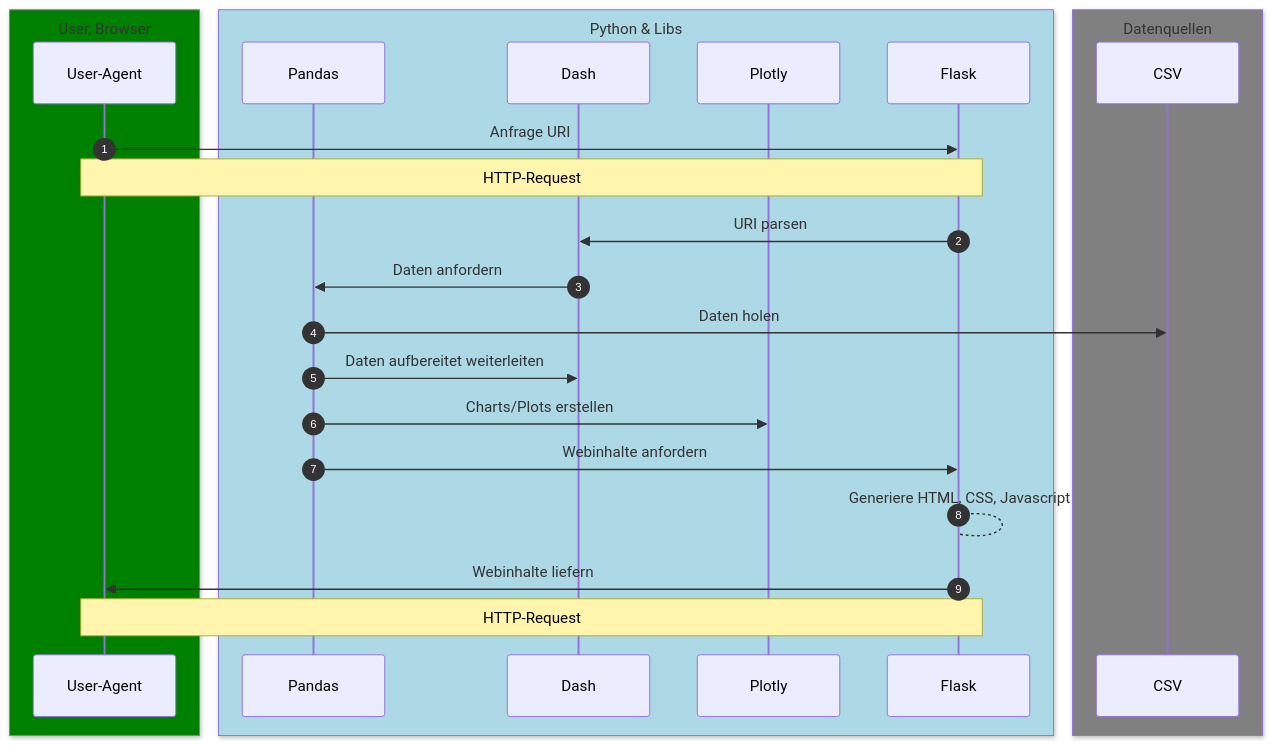
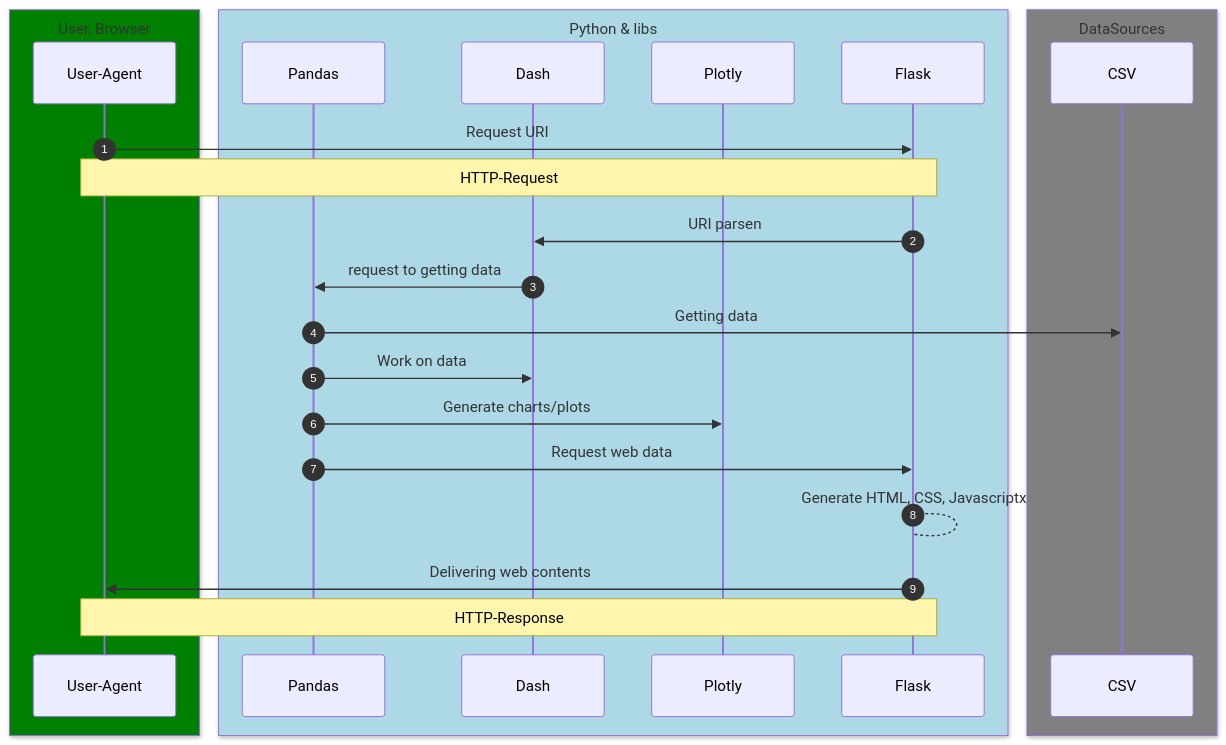
One commit to SchrodtSven/hca changed the diagram in doq/dad2.md. Above: the diagram before and after it, drawn with Mermaid. The commit also changed 77 other files, not shown here.

````diff
--- a/doq/dad2.md
+++ b/doq/dad2.md
@@ -3,37 +3,37 @@
 ```mermaid
 sequenceDiagram
 autonumber
     
     box Green User, Browser
     participant User-Agent
     end
 
-    box lightblue Python & Libs
+    box lightblue Python & libs
     participant Pandas
     participant Dash
     participant Plotly
     participant Flask
     end
 
-    box gray Datenquellen
+    box gray DataSources
     participant CSV
     end
     
-    User-Agent->>Flask: Anfrage URI
+    User-Agent->>Flask: Request URI
     Note over User-Agent, Flask: HTTP-Request
     
     Flask->>Dash: URI parsen
-    Dash->>Pandas: Daten anfordern
-    Pandas ->> CSV: Daten holen
-    Pandas ->> Dash: Daten aufbereitet weiterleiten
-    Pandas ->> Plotly: Charts/Plots erstellen
-    Pandas ->> Flask: Webinhalte anfordern 
-    Flask --> Flask: Generiere HTML, CSS, Javascript
+    Dash->>Pandas: request to getting data
+    Pandas ->> CSV: Getting data
+    Pandas ->> Dash: Work on data
+    Pandas ->> Plotly: Generate charts/plots
+    Pandas ->> Flask: Request web data
+    Flask --> Flask: Generate HTML, CSS, Javascriptx
     
-    Flask->>User-Agent: Webinhalte liefern
-    Note over User-Agent, Flask: HTTP-Request
+    Flask->>User-Agent: Delivering web contents
+    Note over User-Agent, Flask: HTTP-Response
     
 
    
    
 ```
````
